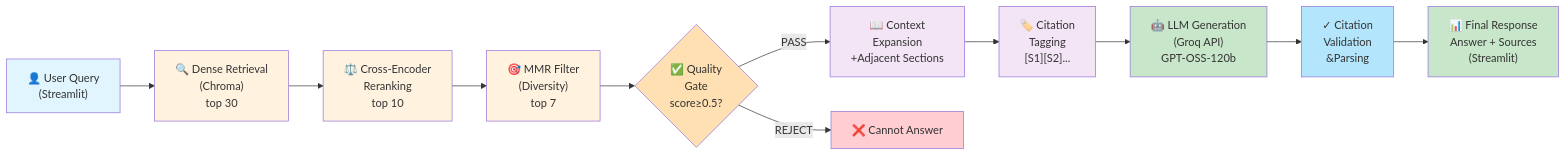
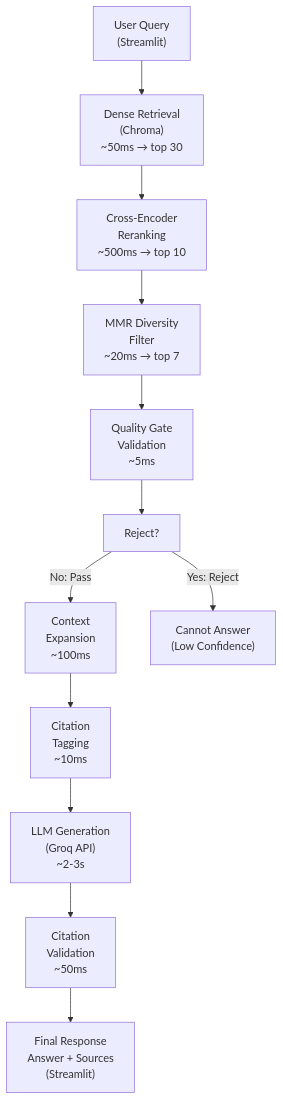
One commit to P-Saroha/mavenir-3GPP-RAG changed the diagram in README.md. Above: the diagram before and after it, drawn with Mermaid. The commit also changed other lines of this file and 4 other files, not shown here.

Commit message:
Chroma migration: persistent storage, quality gate optimization, type safety fixes

````diff
--- a/README.md
+++ b/README.md
@@ -85,25 +85,27 @@
 ```mermaid
-graph LR
-    A["👤 User Query<br/>(Streamlit)"] --> B["🔍 Dense Retrieval<br/>(Chroma)<br/>top 30"]
-    B --> C["⚖️ Cross-Encoder<br/>Reranking<br/>top 10"]
-    C --> D["🎯 MMR Filter<br/>(Diversity)<br/>top 7"]
-    D --> E{"✅ Quality<br/>Gate<br/>score≥0.5?"}
-    E -->|PASS| F["📖 Context<br/>Expansion<br/>+Adjacent Sections"]
-    E -->|REJECT| Z["❌ Cannot Answer"]
-    F --> G["🏷️ Citation<br/>Tagging<br/>[S1][S2]..."]
-    G --> H["🤖 LLM Generation<br/>(Groq API)<br/>GPT-OSS-120b"]
-    H --> I["✓ Citation<br/>Validation<br/>&Parsing"]
-    I --> J["📊 Final Response<br/>Answer + Sources<br/>(Streamlit)"]
+graph TD
+    A["User Query<br/>(Streamlit)"]
+    B["Dense Retrieval<br/>(Chroma)<br/>~50ms → top 30"]
+    C["Cross-Encoder<br/>Reranking<br/>~500ms → top 10"]
+    D["MMR Diversity<br/>Filter<br/>~20ms → top 7"]
+    E["Quality Gate<br/>Validation<br/>~5ms"]
+    F["Reject?"]
+    G["Context<br/>Expansion<br/>~100ms"]
+    H["Citation<br/>Tagging<br/>~10ms"]
+    I["LLM Generation<br/>(Groq API)<br/>~2-3s"]
+    J["Citation<br/>Validation<br/>~50ms"]
+    K["Final Response<br/>Answer + Sources<br/>(Streamlit)"]
+    Z["Cannot Answer<br/>(Low Confidence)"]
     
-    style A fill:#e1f5ff
-    style B fill:#fff3e0
-    style C fill:#fff3e0
-    style D fill:#fff3e0
-    style E fill:#ffe0b2
-    style F fill:#f3e5f5
-    style G fill:#f3e5f5
-    style H fill:#c8e6c9
-    style I fill:#b3e5fc
-    style J fill:#c8e6c9
-    style Z fill:#ffcdd2
+    A --> B
+    B --> C
+    C --> D
+    D --> E
+    E --> F
+    F -->|No: Pass| G
+    F -->|Yes: Reject| Z
+    G --> H
+    H --> I
+    I --> J
+    J --> K
 ```
````
